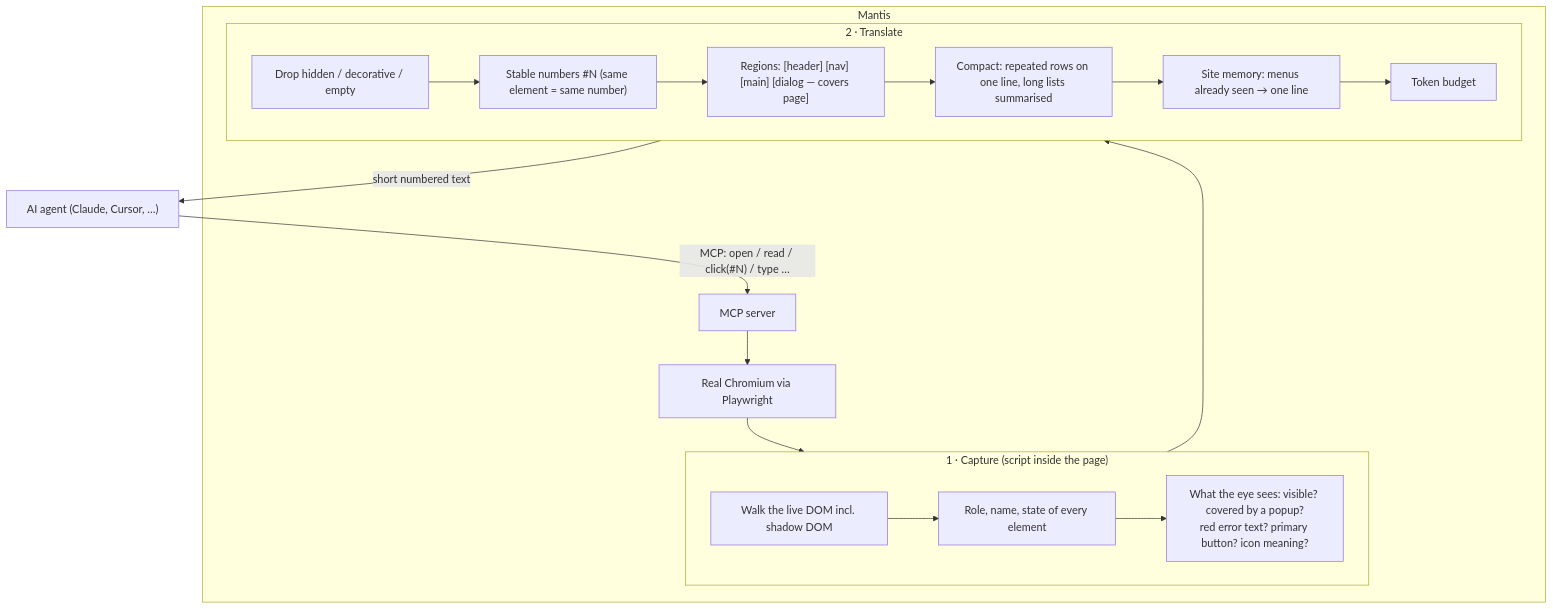
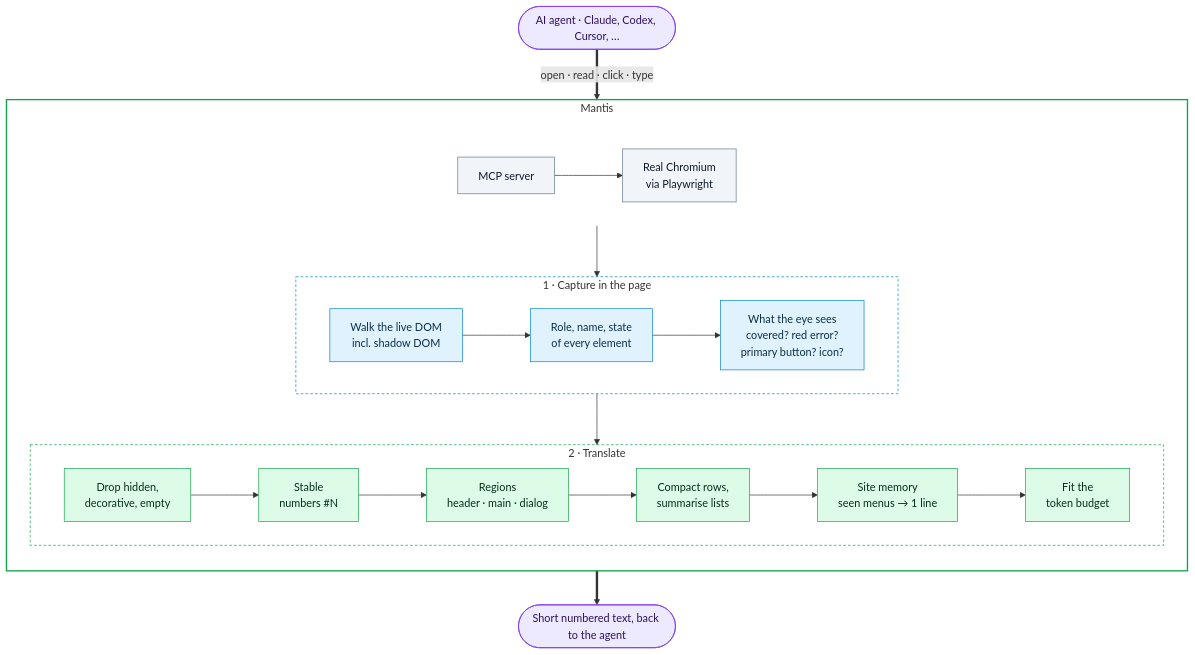
One commit to adi-devv/mantis changed the second of 4 diagrams in docs/APPROACH.md. Above: the diagram before and after it, drawn with Mermaid. The commit also changed other lines of this file and 7 other files, not shown here.

First line of the commit message:
feat: finalise 0.1.1 - shorter tool list, full prose on fitting pages, cleaner diagrams

````diff
--- a/docs/APPROACH.md
+++ b/docs/APPROACH.md
@@ -48,31 +58,42 @@
 ```mermaid
 flowchart TB
-    Agent["AI agent (Claude, Cursor, …)"]
-    Agent -- "MCP: open / read / click(#N) / type …" --> Server
+    Agent(["AI agent · Claude, Codex, Cursor, …"])
 
-    subgraph Mantis
-        Server[MCP server] --> Browser["Real Chromium via Playwright"]
-        Browser --> Capture
-
-        subgraph Capture["1 · Capture (script inside the page)"]
-            C1[Walk the live DOM incl. shadow DOM]
-            C2["Role, name, state of every element"]
-            C3["What the eye sees: visible? covered by a popup?<br/>red error text? primary button? icon meaning?"]
-            C1 --> C2 --> C3
+    subgraph Mantis["Mantis"]
+        direction TB
+        subgraph Run[" "]
+            direction LR
+            Server["MCP server"] --> Browser["Real Chromium<br/>via Playwright"]
         end
 
-        Capture --> Translate
+        subgraph Capture["1 · Capture in the page"]
+            direction LR
+            C1["Walk the live DOM<br/>incl. shadow DOM"] --> C2["Role, name, state<br/>of every element"] --> C3["What the eye sees<br/>covered? red error?<br/>primary button? icon?"]
+        end
 
         subgraph Translate["2 · Translate"]
-            T1["Drop hidden / decorative / empty"]
-            T2["Stable numbers #N (same element = same number)"]
-            T3["Regions: [header] [nav] [main] [dialog — covers page]"]
-            T4["Compact: repeated rows on one line, long lists summarised"]
-            T5["Site memory: menus already seen → one line"]
-            T6["Token budget"]
-            T1 --> T2 --> T3 --> T4 --> T5 --> T6
+            direction LR
+            T1["Drop hidden,<br/>decorative, empty"] --> T2["Stable<br/>numbers #35;N"] --> T3["Regions<br/>header · main · dialog"] --> T4["Compact rows,<br/>summarise lists"] --> T5["Site memory<br/>seen menus → 1 line"] --> T6["Fit the<br/>token budget"]
         end
+
+        Run --> Capture --> Translate
     end
 
-    Translate -- "short numbered text" --> Agent
+    Out(["Short numbered text, back to the agent"])
+
+    Agent == "open · read · click · type" ==> Run
+    Translate ==> Out
+
+    classDef agent fill:#ede9fe,stroke:#7c3aed,color:#2e1065
+    classDef infra fill:#f1f5f9,stroke:#64748b,color:#0f172a
+    classDef cap fill:#e0f2fe,stroke:#0284c7,color:#082f49
+    classDef tr fill:#dcfce7,stroke:#16a34a,color:#052e16
+    class Agent,Out agent
+    class Server,Browser infra
+    style Run fill:transparent,stroke:transparent
+    class C1,C2,C3 cap
+    class T1,T2,T3,T4,T5,T6 tr
+    style Mantis fill:transparent,stroke:#16a34a,stroke-width:2px
+    style Capture fill:transparent,stroke:#0284c7,stroke-dasharray:4 3
+    style Translate fill:transparent,stroke:#16a34a,stroke-dasharray:4 3
 ```
````
